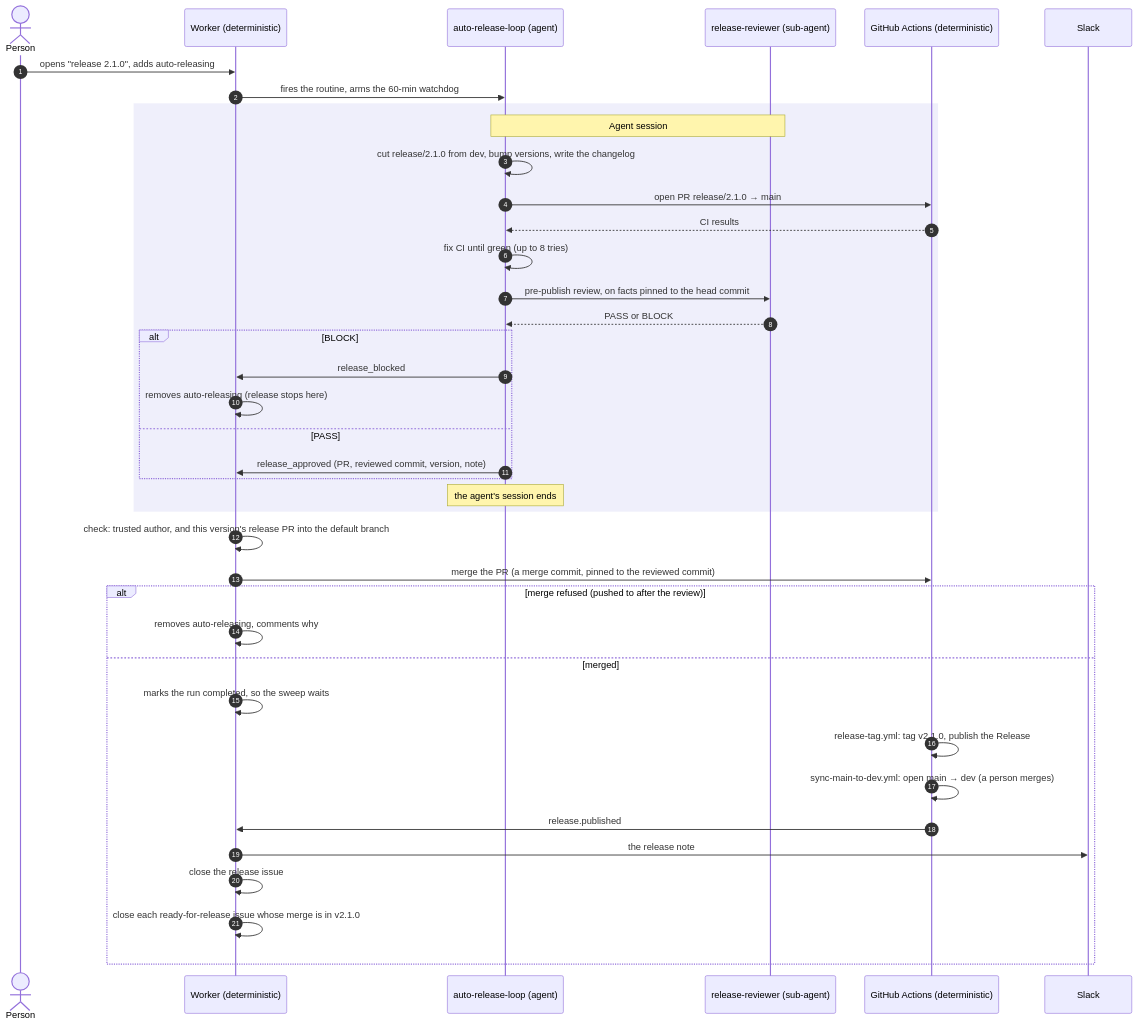
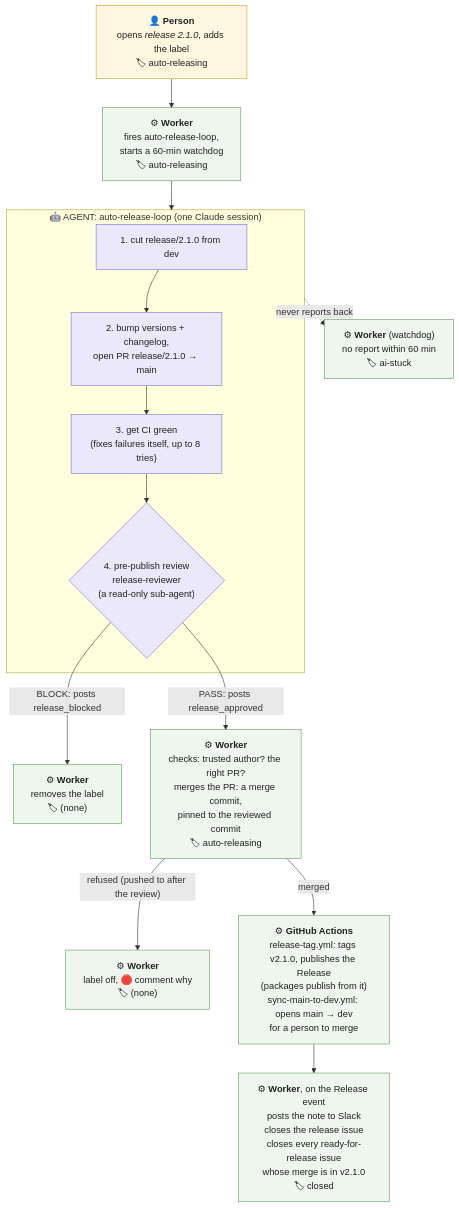
Before and after one commit to hifi-phil/umbraco-mcp-ops: the second of 3 diagrams in docs/agent-orchestration/15-agent-splits.md, drawn with Mermaid. The commit also changed other lines of this file, not shown here.

Commit message:
docs(agent-orchestration): the release diagram as a flowchart, step for step like the terminal version
Each box says who (person, Worker, agent, GitHub Actions), what happens and
the release issue's label at that point; the agent's session is one box
around its four steps; the block, refused-merge and watchdog branches leave
from where they happen. Replaces the sequence diagram.

````diff
--- a/docs/agent-orchestration/15-agent-splits.md
+++ b/docs/agent-orchestration/15-agent-splits.md
@@ -259,44 +259,34 @@
 ```mermaid
-sequenceDiagram
-    autonumber
-    actor P as Person
-    participant W as Worker (deterministic)
-    participant A as auto-release-loop (agent)
-    participant R as release-reviewer (sub-agent)
-    participant GH as GitHub Actions (deterministic)
-    participant S as Slack
+flowchart TD
+    P["👤 <b>Person</b><br/>opens <i>release 2.1.0</i>, adds the label<br/>🏷 auto-releasing"]
+    W1["⚙ <b>Worker</b><br/>fires auto-release-loop,<br/>starts a 60-min watchdog<br/>🏷 auto-releasing"]
 
-    P->>W: opens "release 2.1.0", adds auto-releasing
-    W->>A: fires the routine, arms the 60-min watchdog
-
-    rect rgba(120, 120, 220, 0.12)
-        Note over A,R: Agent session
-        A->>A: cut release/2.1.0 from dev, bump versions, write the changelog
-        A->>GH: open PR release/2.1.0 → main
-        GH-->>A: CI results
-        A->>A: fix CI until green (up to 8 tries)
-        A->>R: pre-publish review, on facts pinned to the head commit
-        R-->>A: PASS or BLOCK
-        alt BLOCK
-            A->>W: release_blocked
-            W->>W: removes auto-releasing (release stops here)
-        else PASS
-            A->>W: release_approved (PR, reviewed commit, version, note)
-        end
-        Note over A: the agent's session ends
+    subgraph AGENT["🤖 AGENT: auto-release-loop (one Claude session)"]
+        A1["1. cut release/2.1.0 from dev"]
+        A2["2. bump versions + changelog,<br/>open PR release/2.1.0 → main"]
+        A3["3. get CI green<br/>(fixes failures itself, up to 8 tries)"]
+        A4{"4. pre-publish review<br/>release-reviewer<br/>(a read-only sub-agent)"}
+        A1 --> A2 --> A3 --> A4
     end
 
-    W->>W: check: trusted author, and this version's release PR into the default branch
-    W->>GH: merge the PR (a merge commit, pinned to the reviewed commit)
-    alt merge refused (pushed to after the review)
-        W->>W: removes auto-releasing, comments why
-    else merged
-        W->>W: marks the run completed, so the sweep waits
-        GH->>GH: release-tag.yml: tag v2.1.0, publish the Release
-        GH->>GH: sync-main-to-dev.yml: open main → dev (a person merges)
-        GH->>W: release.published
-        W->>S: the release note
-        W->>W: close the release issue
-        W->>W: close each ready-for-release issue whose merge is in v2.1.0
-    end
+    WS["⚙ <b>Worker</b> (watchdog)<br/>no report within 60 min<br/>🏷 ai-stuck"]
+    WB["⚙ <b>Worker</b><br/>removes the label<br/>🏷 (none)"]
+    W2["⚙ <b>Worker</b><br/>checks: trusted author? the right PR?<br/>merges the PR: a merge commit,<br/>pinned to the reviewed commit<br/>🏷 auto-releasing"]
+    WR["⚙ <b>Worker</b><br/>label off, 🛑 comment why<br/>🏷 (none)"]
+    G["⚙ <b>GitHub Actions</b><br/>release-tag.yml: tags v2.1.0, publishes the Release<br/>(packages publish from it)<br/>sync-main-to-dev.yml: opens main → dev<br/>for a person to merge"]
+    W3["⚙ <b>Worker</b>, on the Release event<br/>posts the note to Slack<br/>closes the release issue<br/>closes every ready-for-release issue<br/>whose merge is in v2.1.0<br/>🏷 closed"]
+
+    P --> W1 --> AGENT
+    A4 -- "BLOCK: posts release_blocked" --> WB
+    A4 -- "PASS: posts release_approved" --> W2
+    AGENT -. "never reports back" .-> WS
+    W2 -- "refused (pushed to after the review)" --> WR
+    W2 -- merged --> G --> W3
+
+    classDef agent fill:#ece8fb,stroke:#7b6fd6,color:#222
+    classDef det fill:#eef6ee,stroke:#5a9a5a,color:#222
+    classDef person fill:#fff6e0,stroke:#c9a227,color:#222
+    class A1,A2,A3,A4 agent
+    class W1,WS,WB,W2,WR,G,W3 det
+    class P person
 ```
````
